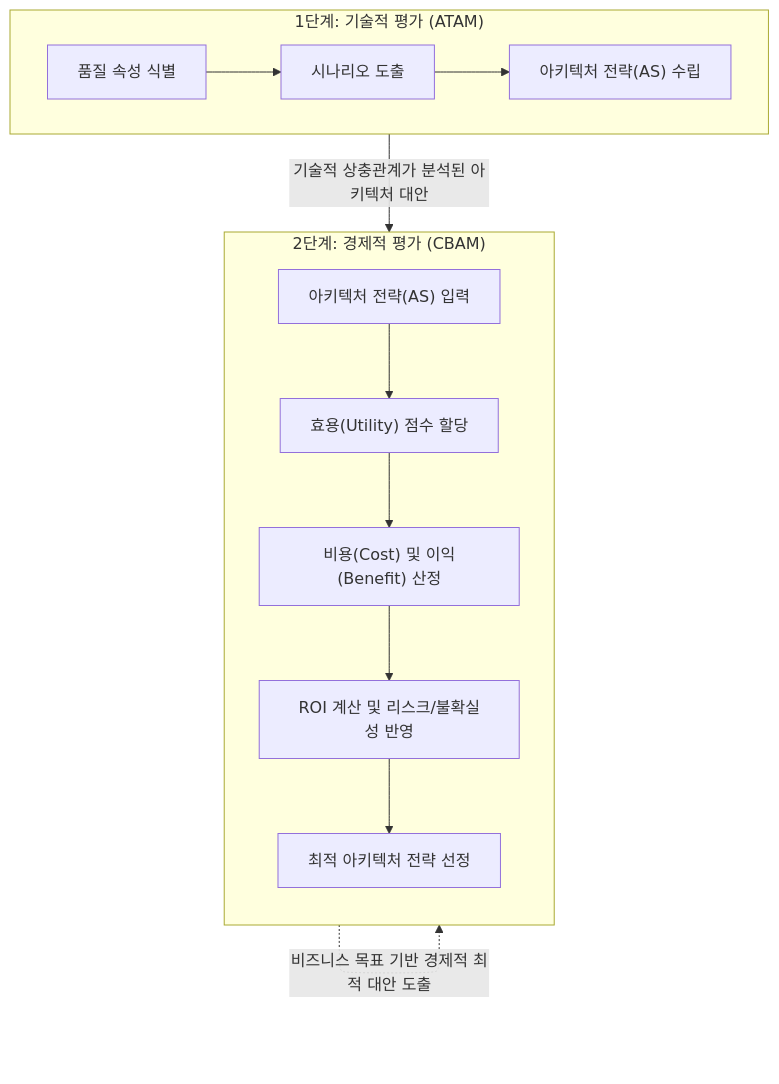
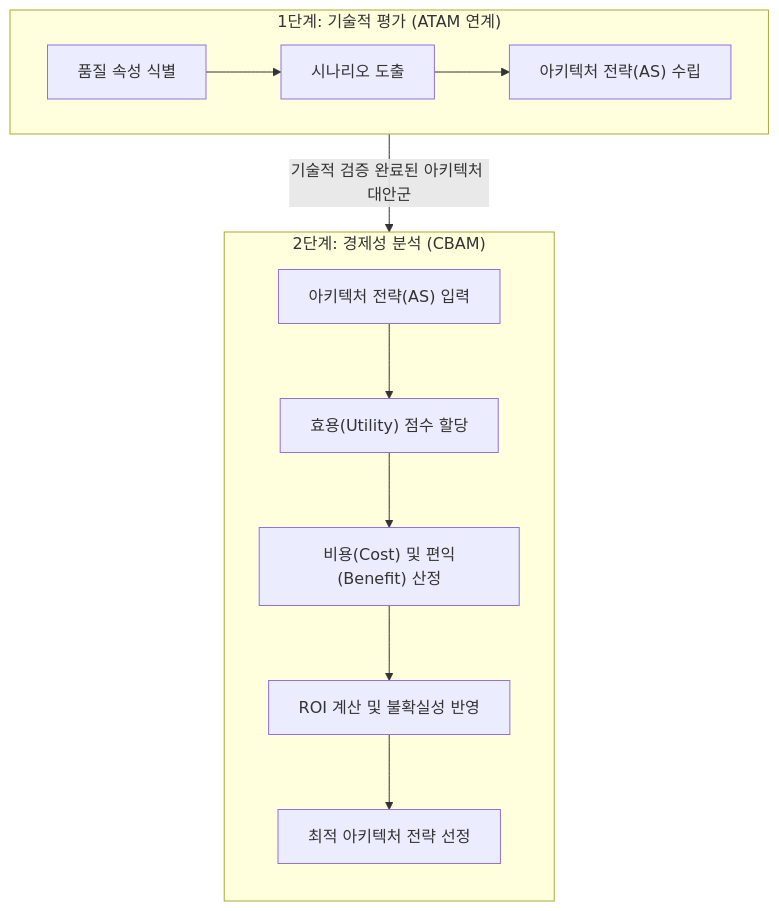
One commit to supremethumb/supremethumb.github.io changed the diagram in content/01_IT Tech/CBAM.md. Above: the diagram before and after it, drawn with Mermaid. The commit also changed other lines of this file and 362 other files, not shown here.

````diff
--- a/content/01_IT Tech/CBAM.md
+++ b/content/01_IT Tech/CBAM.md
@@ -23,26 +31,24 @@
 ```mermaid
 flowchart TB
-    subgraph Phase1 ["1단계: 기술적 평가 (ATAM)"]
+    subgraph Phase1 ["1단계: 기술적 평가 (ATAM 연계)"]
         direction LR
         QA["품질 속성 식별"] --> SC["시나리오 도출"]
         SC --> AS["아키텍처 전략(AS) 수립"]
     end
     
-    subgraph Phase2 ["2단계: 경제적 평가 (CBAM)"]
+    subgraph Phase2 ["2단계: 경제성 분석 (CBAM)"]
         direction TB
         AS_input["아키텍처 전략(AS) 입력"]
         UT["효용(Utility) 점수 할당"]
-        CB["비용(Cost) 및 이익(Benefit) 산정"]
-        ROI["ROI 계산 및 리스크/불확실성 반영"]
+        CB["비용(Cost) 및 편익(Benefit) 산정"]
+        ROI["ROI 계산 및 불확실성 반영"]
         SEL["최적 아키텍처 전략 선정"]
         
         AS_input --> UT
         UT --> CB
         CB --> ROI
         ROI --> SEL
     end
 
-    Phase1 -- "기술적 상충관계가 분석된 아키텍처 대안" --> AS_input
-    Phase2 -. "비즈니스 목표 기반 경제적 최적 대안 도출" .-> Phase2
-
+    Phase1 -- "기술적 검증 완료된 아키텍처 대안군" --> AS_input
 ```
````
